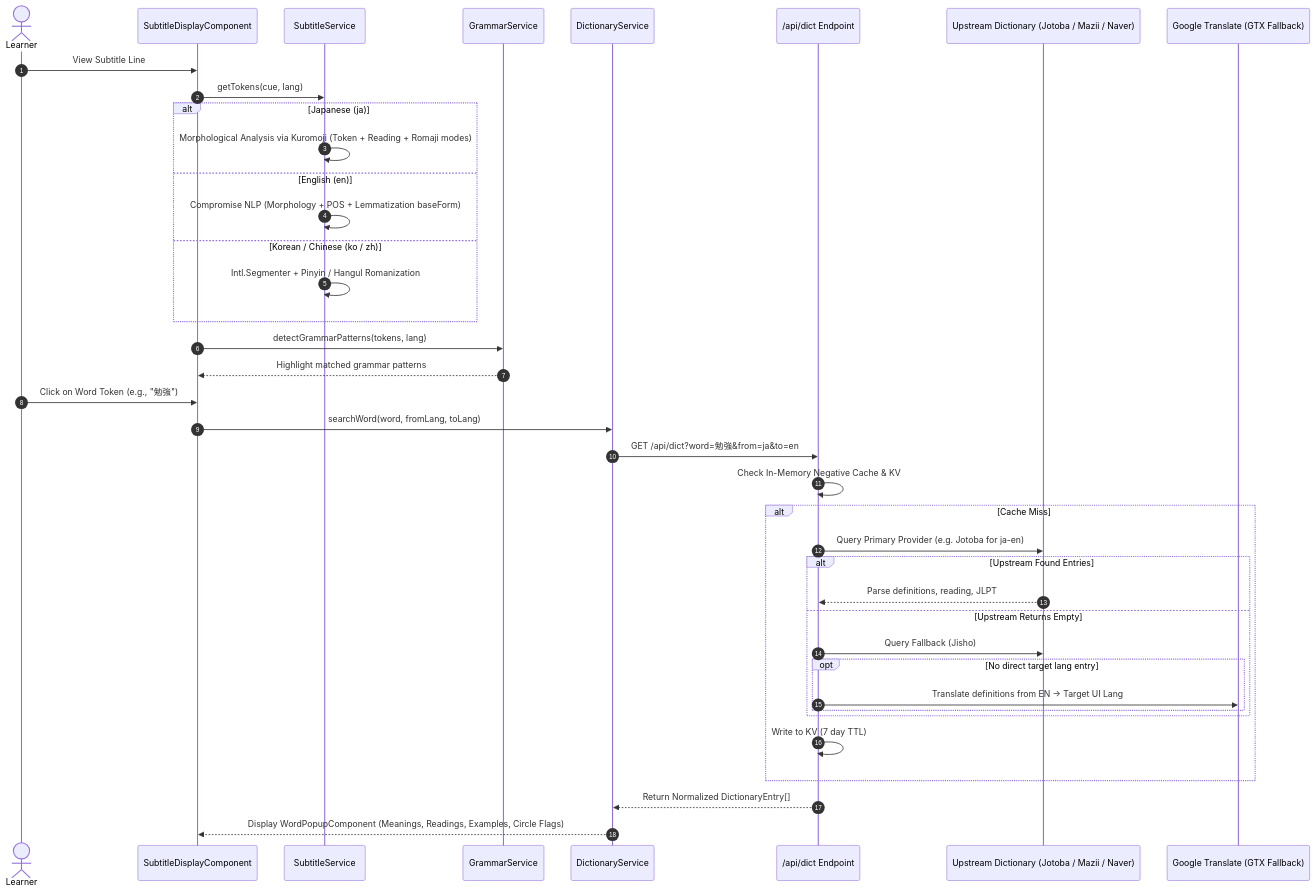
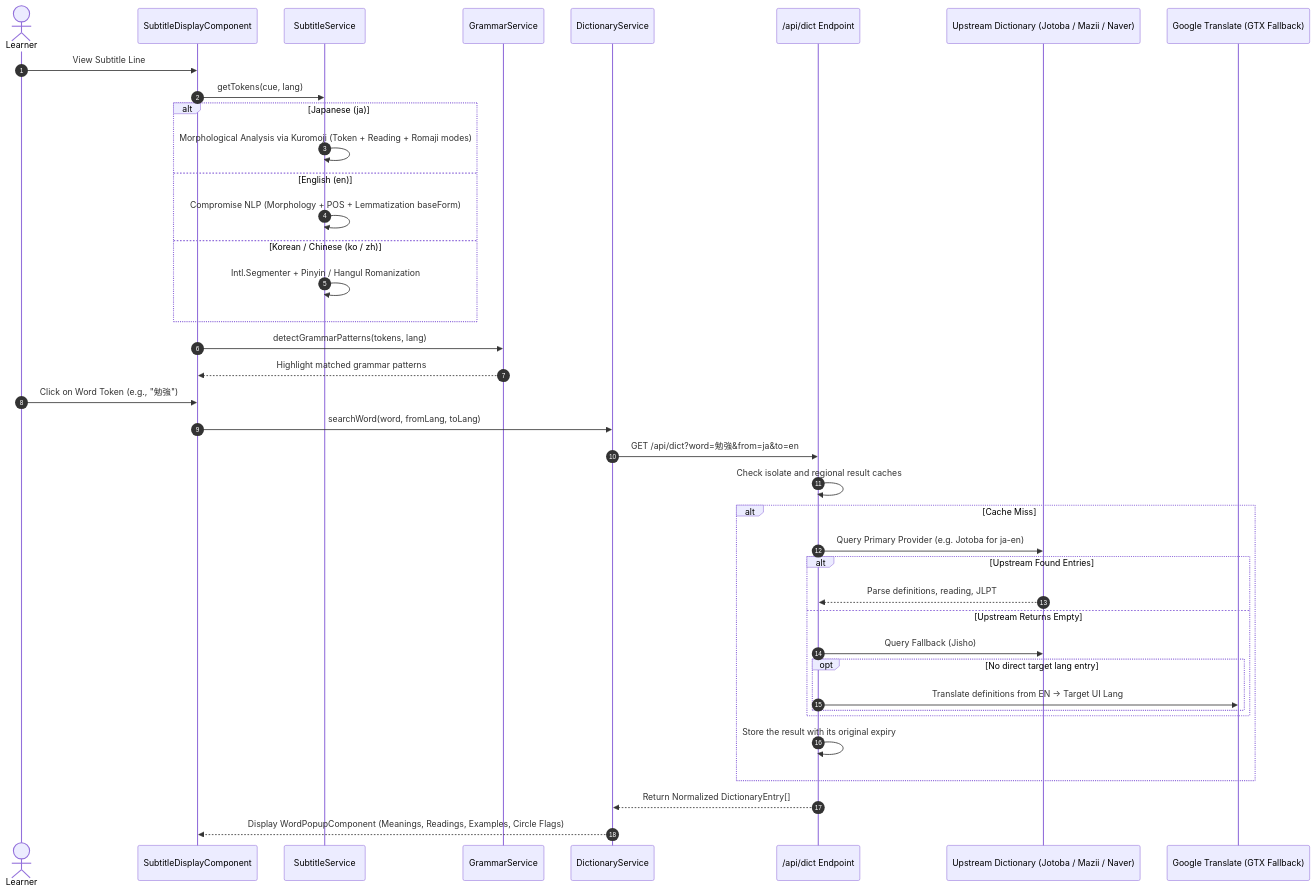
Before and after one commit to ghuyphan/LinguaTube: the fourth of 9 diagrams in doc/map.md, drawn with Mermaid. The commit also changed other lines of this file and 7 other files, not shown here.

````diff
--- a/doc/map.md
+++ b/doc/map.md
@@ -253,43 +270,43 @@
 ```mermaid
 sequenceDiagram
     autonumber
     actor Learner
     participant SubDisplay as SubtitleDisplayComponent
     participant SubService as SubtitleService
     participant Grammar as GrammarService
     participant DictService as DictionaryService
     participant DictAPI as /api/dict Endpoint
     participant Upstream as Upstream Dictionary (Jotoba / Mazii / Naver)
     participant GTX as Google Translate (GTX Fallback)
 
     Learner->>SubDisplay: View Subtitle Line
     SubDisplay->>SubService: getTokens(cue, lang)
     alt Japanese (ja)
         SubService->>SubService: Morphological Analysis via Kuromoji (Token + Reading + Romaji modes)
     else English (en)
         SubService->>SubService: Compromise NLP (Morphology + POS + Lemmatization baseForm)
     else Korean / Chinese (ko / zh)
         SubService->>SubService: Intl.Segmenter + Pinyin / Hangul Romanization
     end
     SubDisplay->>Grammar: detectGrammarPatterns(tokens, lang)
     Grammar-->>SubDisplay: Highlight matched grammar patterns
     
     Learner->>SubDisplay: Click on Word Token (e.g., "勉強")
     SubDisplay->>DictService: searchWord(word, fromLang, toLang)
     DictService->>DictAPI: GET /api/dict?word=勉強&from=ja&to=en
-    DictAPI->>DictAPI: Check In-Memory Negative Cache & KV
+    DictAPI->>DictAPI: Check isolate and regional result caches
     alt Cache Miss
         DictAPI->>Upstream: Query Primary Provider (e.g. Jotoba for ja-en)
         alt Upstream Found Entries
             Upstream-->>DictAPI: Parse definitions, reading, JLPT
         else Upstream Returns Empty
             DictAPI->>Upstream: Query Fallback (Jisho)
             opt No direct target lang entry
                 DictAPI->>GTX: Translate definitions from EN -> Target UI Lang
             end
         end
-        DictAPI->>DictAPI: Write to KV (7 day TTL)
+        DictAPI->>DictAPI: Store the result with its original expiry
     end
     DictAPI-->>DictService: Return Normalized DictionaryEntry[]
     DictService-->>SubDisplay: Display WordPopupComponent (Meanings, Readings, Examples, Circle Flags)
 ```
````
